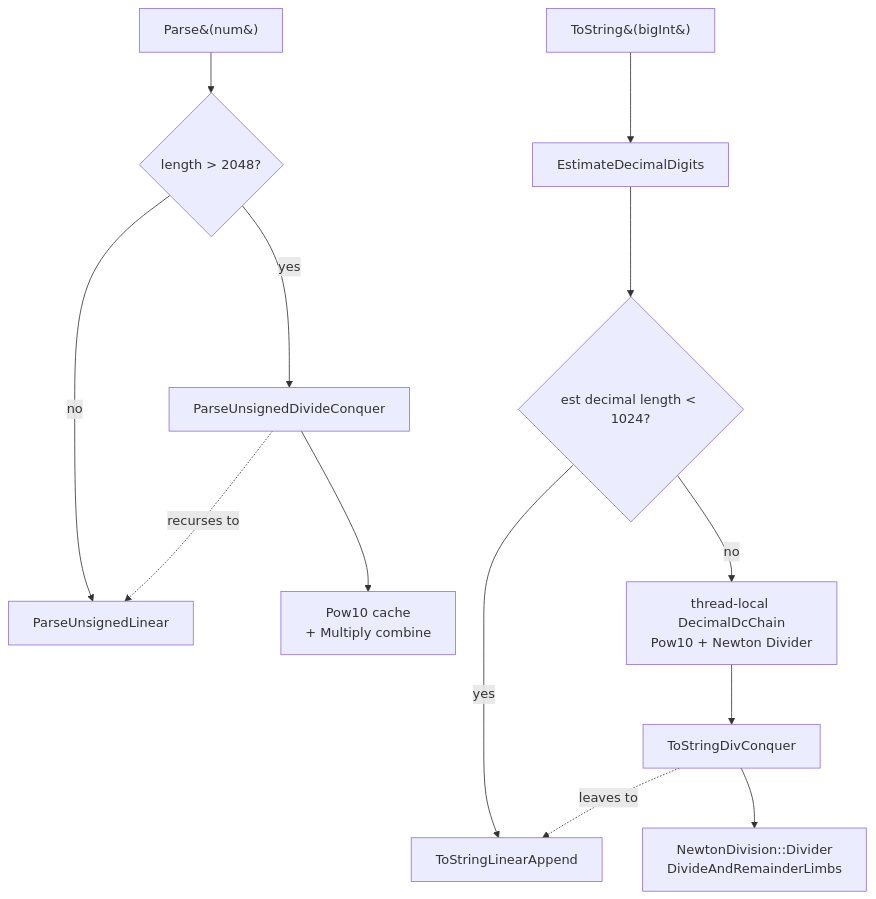
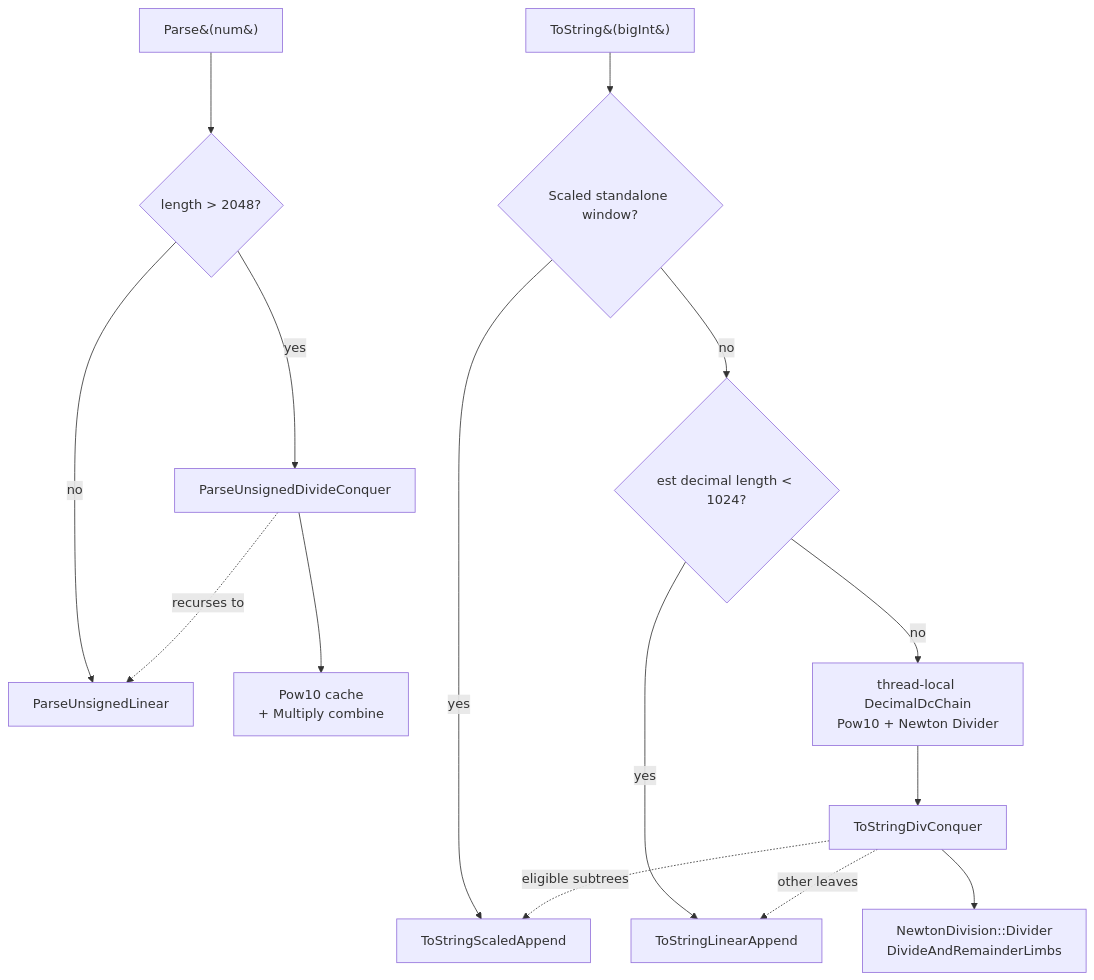
Before and after one commit to mmurshed/biginteger: the diagram in docs/STRING_CONVERSION.md, drawn with Mermaid. The commit also changed other lines of this file and 6 other files, not shown here.

Commit message:
Use scaled remainders for decimal formatting (#217)

````diff
--- a/docs/STRING_CONVERSION.md
+++ b/docs/STRING_CONVERSION.md
@@ -377,16 +402,18 @@
 ```mermaid
 flowchart TD
     P[Parse&#40;num&#41;] --> P2{length &gt; 2048?}
     P2 -- no --> PL[ParseUnsignedLinear]
     P2 -- yes --> PD[ParseUnsignedDivideConquer]
     PD --> PP[Pow10 cache<br/>+ Multiply combine]
     PD -. recurses to .-> PL
 
-    T[ToString&#40;bigInt&#41;] --> TE[EstimateDecimalDigits]
-    TE --> T2{est decimal length &lt; 1024?}
+    T[ToString&#40;bigInt&#41;] --> TE{Scaled standalone window?}
+    TE -- yes --> TS[ToStringScaledAppend]
+    TE -- no --> T2{est decimal length &lt; 1024?}
     T2 -- yes --> TL[ToStringLinearAppend]
     T2 -- no --> TC[thread-local DecimalDcChain<br/>Pow10 + Newton Divider]
     TC --> TD[ToStringDivConquer]
     TD --> NV[NewtonDivision::Divider<br/>DivideAndRemainderLimbs]
-    TD -. leaves to .-> TL
+    TD -. eligible subtrees .-> TS
+    TD -. other leaves .-> TL
 ```
````
